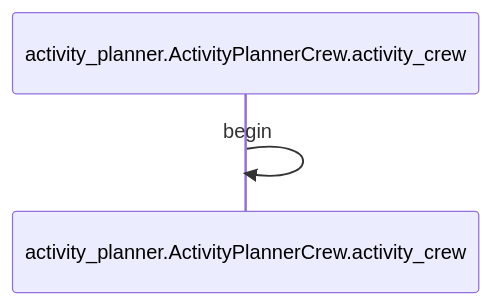
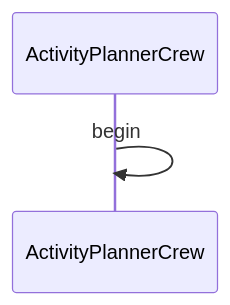
One commit to maximilien/maestro changed the diagram in maestro/demos/workflows/activity-planner-crewai.ai/README.md. Above: the diagram before and after it, drawn with Mermaid. The commit also changed 3 other files, not shown here.

````diff
--- a/maestro/demos/workflows/activity-planner-crewai.ai/README.md
+++ b/maestro/demos/workflows/activity-planner-crewai.ai/README.md
@@ -8,5 +8,5 @@
 ```mermaid
 sequenceDiagram
-participant activity_planner.ActivityPlannerCrew.activity_crew
-activity_planner.ActivityPlannerCrew.activity_crew->>activity_planner.ActivityPlannerCrew.activity_crew: begin
+participant ActivityPlannerCrew
+ActivityPlannerCrew->>ActivityPlannerCrew: begin
 ```
````
